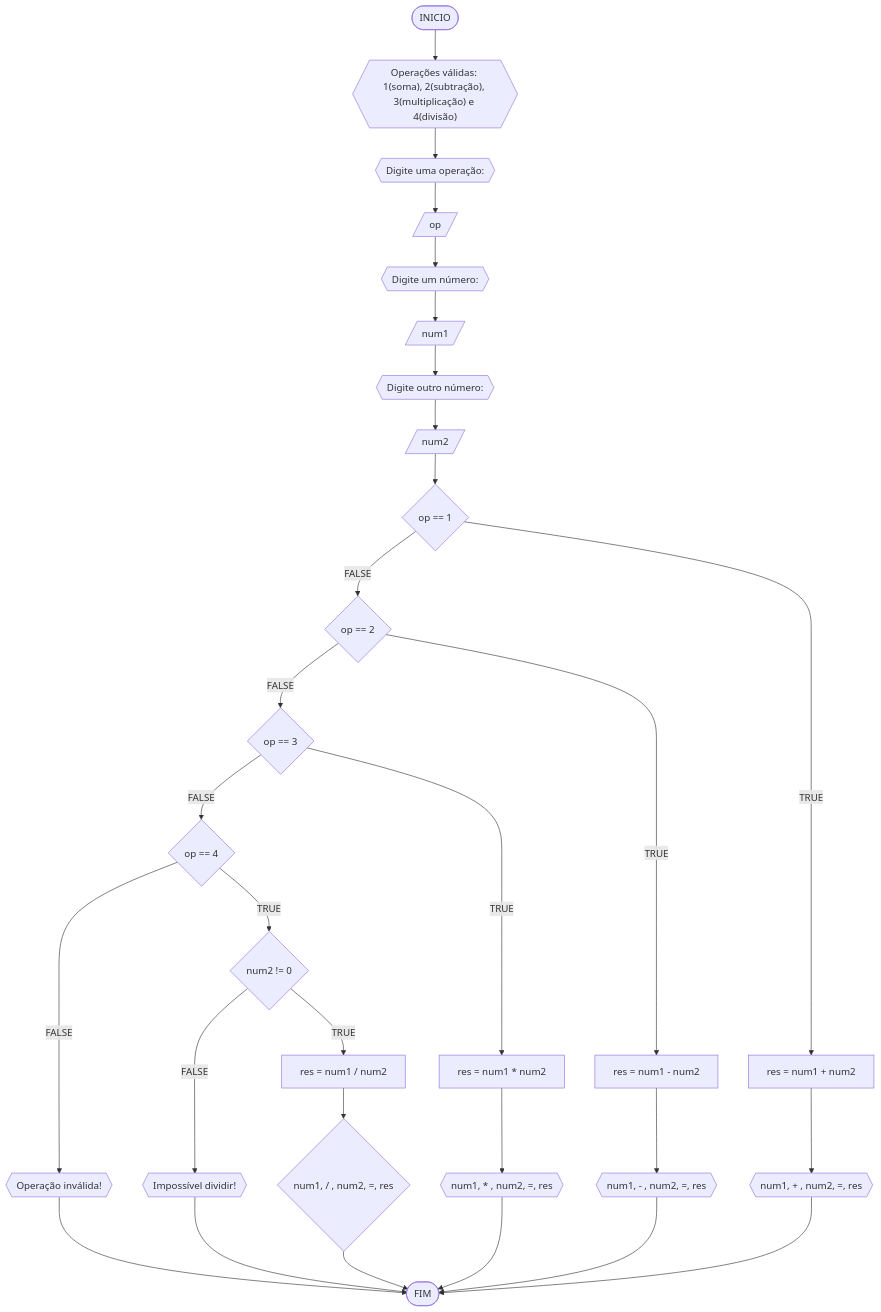
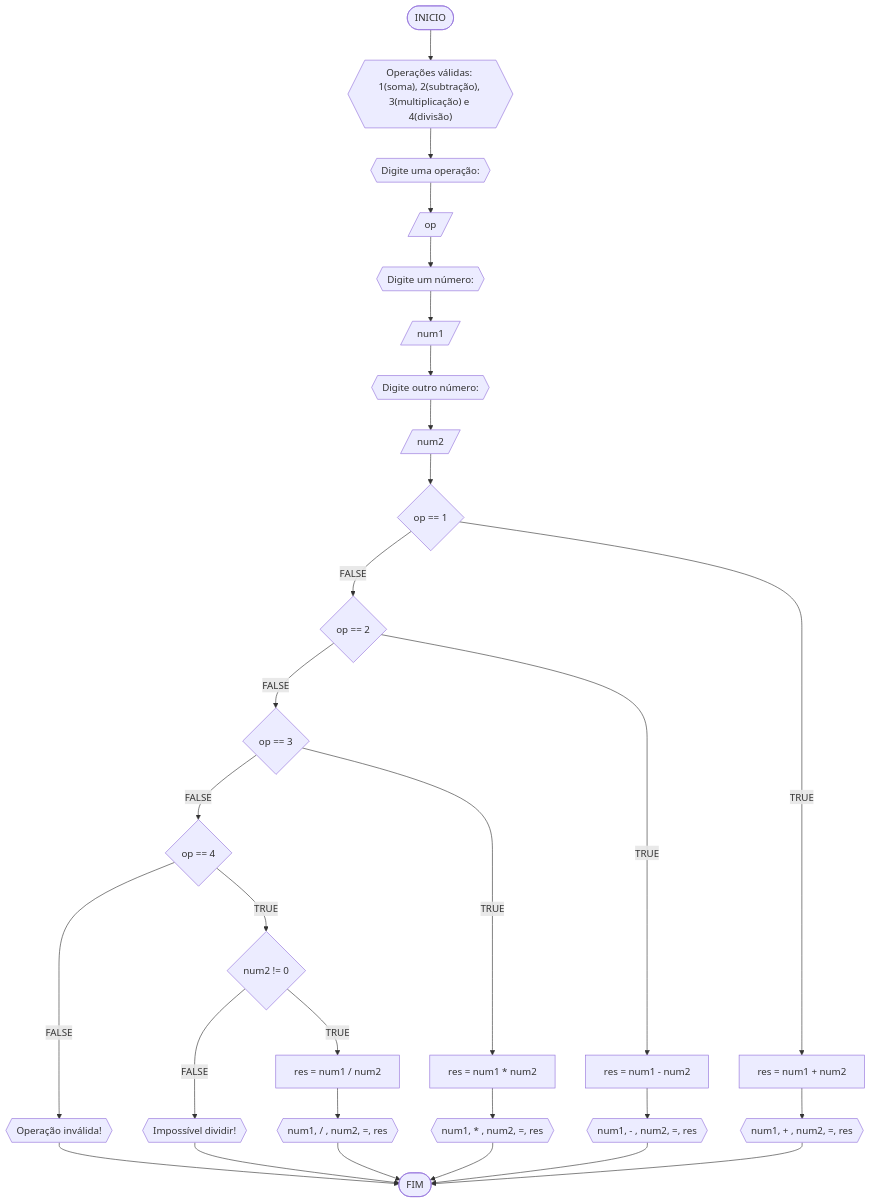
Before and after one commit to carubbi/unifor: the fourth of 5 diagrams in RLA/unidade1/lista2.md, drawn with Mermaid. The commit also changed other lines of this file, not shown here.

````diff
--- a/RLA/unidade1/lista2.md
+++ b/RLA/unidade1/lista2.md
@@ -135,31 +135,31 @@
 ```mermaid
 flowchart TD
 A([INICIO]) --> B{{"Operações válidas: 1(soma), 2(subtração), 3(multiplicação) e 4(divisão)"}}
 B --> C{{Digite uma operação:}}
 C --> D[/op/]
 D --> E{{Digite um número:}}
 E --> F[/num1/]
 F --> G{{Digite outro número:}}
 G --> H[/num2/]
 H --> I{op == 1}
 I --FALSE--> J{op == 2}
 J --FALSE--> L{op == 3}
 L --FALSE--> O{op == 4}
 O --FALSE--> Q{{Operação inválida!}}
 Q --> R([FIM])
 I --TRUE--> M[res = num1 + num2]
 M --> S{{num1, + , num2, =, res}}
 J --TRUE--> K[res = num1 - num2]
 K --> T{{num1, - , num2, =, res}}
 L --TRUE--> N[res = num1 * num2]
 N --> U{{num1, * , num2, =, res}}
 O --TRUE--> P{num2 != 0}
 P --FALSE--> X{{Impossível dividir!}}
 P --TRUE--> Z[res = num1 / num2]
-Z --> V{num1, / , num2, =, res}
+Z --> V{{num1, / , num2, =, res}}
 X --> R
 S --> R
 T --> R
 U --> R
 V --> R
 ```
````
